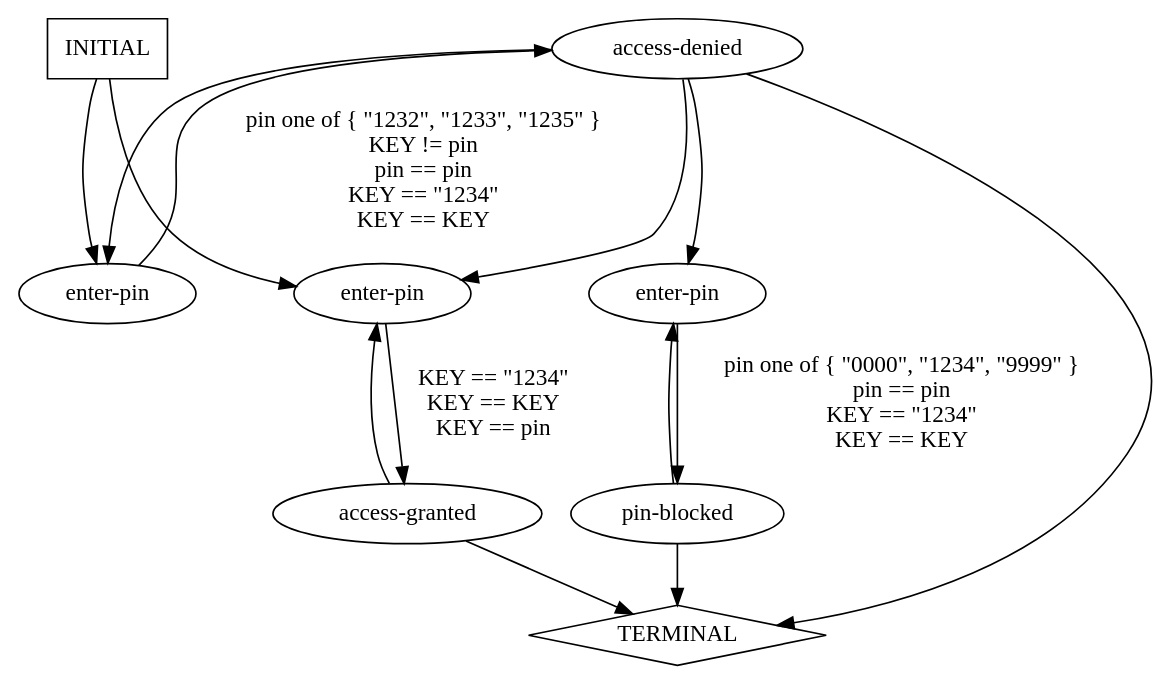
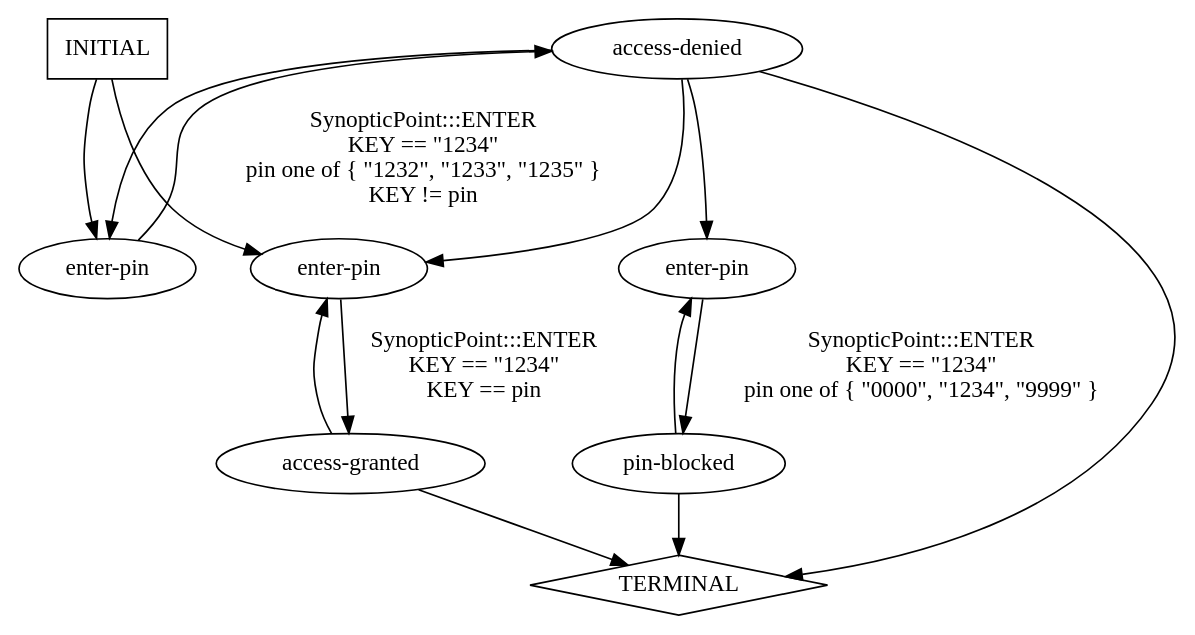
One commit to ModelInference/synoptic changed the diagram in traces/abstract/verify-pin/verify-pin.dot. Above: the diagram before and after it, drawn with Graphviz. The commit also changed 73 other files, not shown here.

```diff
--- a/traces/abstract/verify-pin/verify-pin.dot
+++ b/traces/abstract/verify-pin/verify-pin.dot
@@ -1,23 +1,23 @@
 digraph {
   0 [label="access-denied"];
   1 [label="access-granted"];
   2 [label="enter-pin"];
   3 [label="enter-pin"];
   4 [label="enter-pin"];
   5 [label="pin-blocked"];
   6 [label="TERMINAL",shape=diamond];
   7 [label="INITIAL",shape=box];
 0->3 [label="",];
 0->2 [label="",];
 0->4 [label="",];
 0->6 [label="",];
 1->3 [label="",];
 1->6 [label="",];
-2->0 [label="pin one of { \"1232\", \"1233\", \"1235\" }\nKEY != pin\npin == pin\nKEY == \"1234\"\nKEY == KEY",];
-3->1 [label="KEY == \"1234\"\nKEY == KEY\nKEY == pin",];
-4->5 [label="pin one of { \"0000\", \"1234\", \"9999\" }\npin == pin\nKEY == \"1234\"\nKEY == KEY",];
+2->0 [label="SynopticPoint:::ENTER\nKEY == \"1234\"\npin one of { \"1232\", \"1233\", \"1235\" }\nKEY != pin\n",];
+3->1 [label="SynopticPoint:::ENTER\nKEY == \"1234\"\nKEY == pin\n",];
+4->5 [label="SynopticPoint:::ENTER\nKEY == \"1234\"\npin one of { \"0000\", \"1234\", \"9999\" }\n",];
 5->4 [label="",];
 5->6 [label="",];
 7->3 [label="",];
 7->2 [label="",];
 } // digraph {
```
